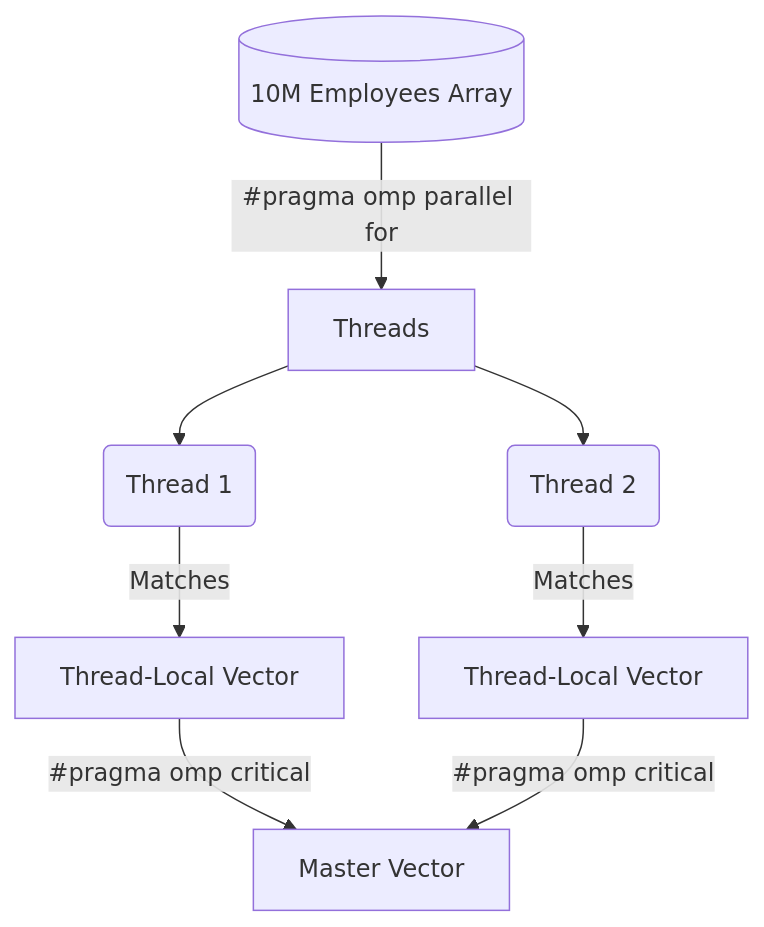
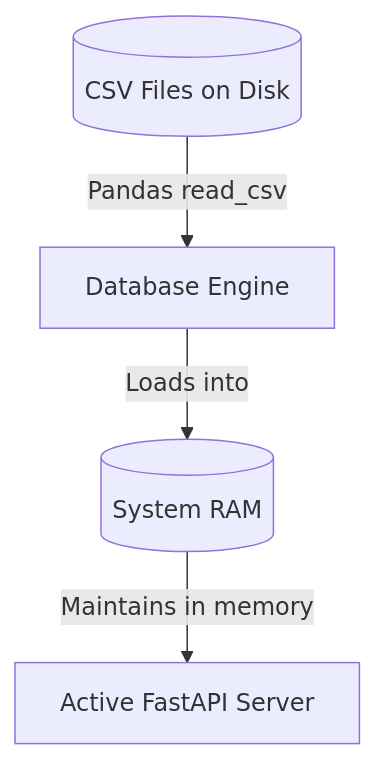
One commit to PmCoder26/hpc-mini-project changed the second of 4 diagrams in flow.md. Above: the diagram before and after it, drawn with Mermaid. The commit also changed other lines of this file and 8 other files, not shown here.

````diff
--- a/flow.md
+++ b/flow.md
@@ -51,10 +26,6 @@
 ```mermaid
 graph TD
-    Data[(10M Employees Array)] --> |#pragma omp parallel for| Threads
-    Threads --> T1(Thread 1)
-    Threads --> T2(Thread 2)
-    T1 -->|Matches| V1[Thread-Local Vector]
-    T2 -->|Matches| V2[Thread-Local Vector]
-    V1 -->|#pragma omp critical| Final[Master Vector]
-    V2 -->|#pragma omp critical| Final
+    Data[(CSV Files on Disk)] --> |Pandas read_csv| DB[Database Engine]
+    DB --> |Loads into| RAM[(System RAM)]
+    RAM --> |Maintains in memory| EngineContext[Active FastAPI Server]
 ```
````
